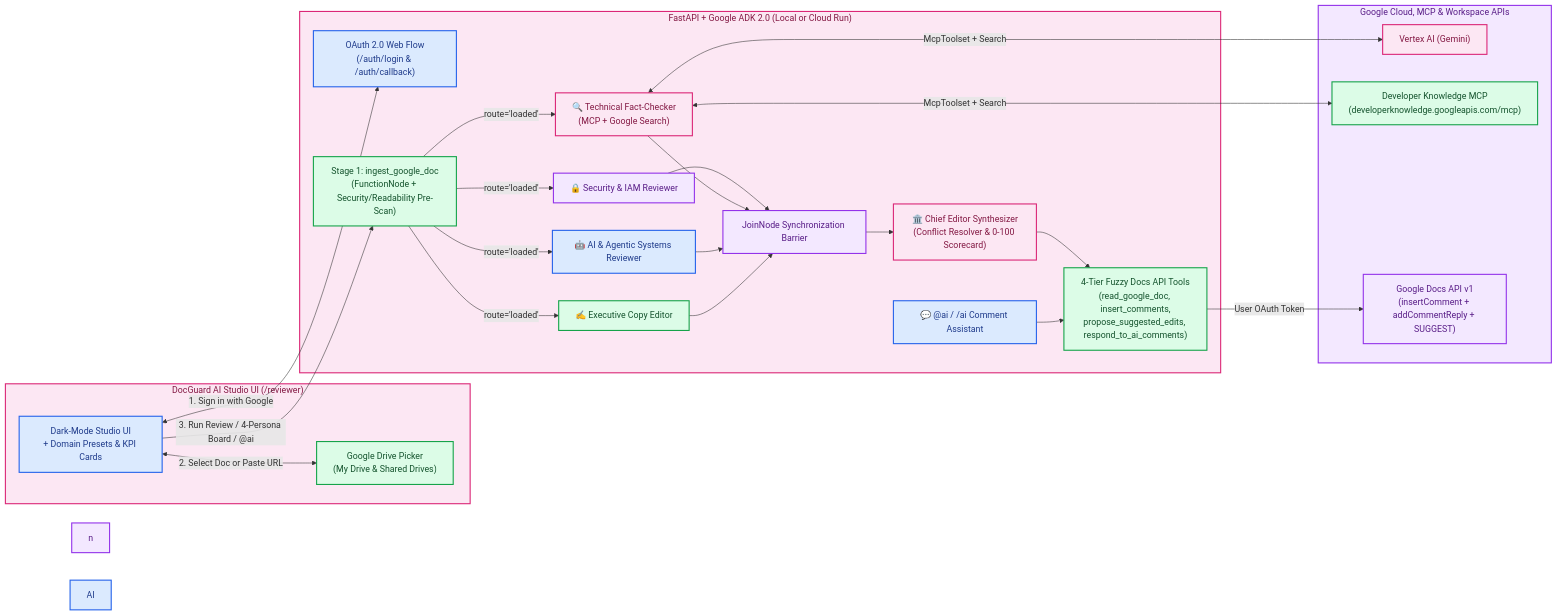
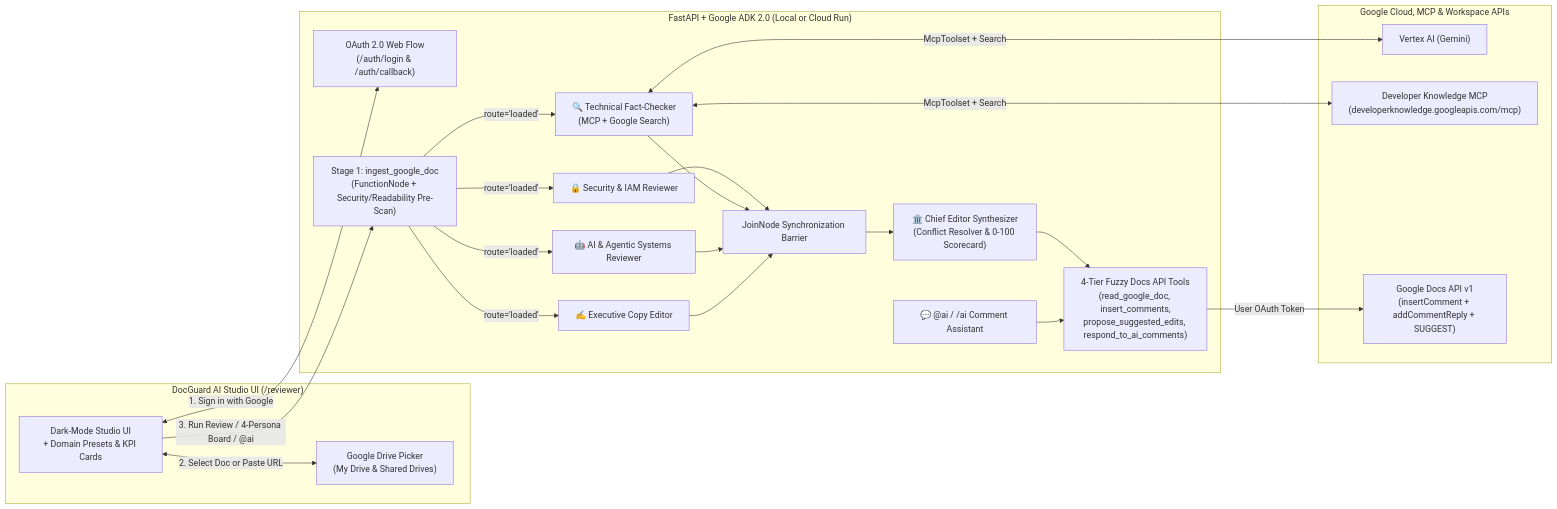
Before and after one commit to RobinaMirbahar/docguard-ai-studio: the diagram in README.md, drawn with Mermaid.

Commit message:
docs: revert Mermaid color overrides for crisp native GitHub rendering and consolidate header

````diff
--- a/README.md
+++ b/README.md
@@ -59,56 +59,36 @@
 ```mermaid
 flowchart LR
     subgraph Browser["DocGuard AI Studio UI (/reviewer)"]
         UI["Dark-Mode Studio UI\n+ Domain Presets & KPI Cards"]
         Picker["Google Drive Picker\n(My Drive & Shared Drives)"]
     end
 
     subgraph CloudRun["FastAPI + Google ADK 2.0 (Local or Cloud Run)"]
         Auth["OAuth 2.0 Web Flow\n(/auth/login & /auth/callback)"]
         Ingest["Stage 1: ingest_google_doc\n(FunctionNode + Security/Readability Pre-Scan)"]
         Sec["🔒 Security & IAM Reviewer"]
         Fact["🔍 Technical Fact-Checker\n(MCP + Google Search)"]
         AISys["🤖 AI & Agentic Systems Reviewer"]
         Copy["✍️ Executive Copy Editor"]
         Join["JoinNode Synchronization Barrier"]
         Chief["🏛️ Chief Editor Synthesizer\n(Conflict Resolver & 0-100 Scorecard)"]
         CommentAgent["💬 @ai / /ai Comment Assistant"]
         Tools["4-Tier Fuzzy Docs API Tools\n(read_google_doc, insert_comments,\npropose_suggested_edits, respond_to_ai_comments)"]
     end
 
     subgraph GCP["Google Cloud, MCP & Workspace APIs"]
         Vertex["Vertex AI (Gemini)"]
         DevKnow["Developer Knowledge MCP\n(developerknowledge.googleapis.com/mcp)"]
         DocsAPI["Google Docs API v1\n(insertComment + addCommentReply + SUGGEST)"]
     end
 
     UI <-->|"1. Sign in with Google"| Auth
     UI <-->|"2. Select Doc or Paste URL"| Picker
     UI -->|"3. Run Review / 4-Persona Board / @ai"| Ingest
     Ingest -->|"route='loaded'"| Sec & Fact & AISys & Copy
     Sec & Fact & AISys & Copy --> Join --> Chief
     Fact <-->|"McpToolset + Search"| DevKnow & Vertex
     Chief --> Tools
     CommentAgent --> Tools
     Tools -->|"User OAuth Token"| DocsAPI
-    style Browser fill:#fce7f3,stroke:#db2777,stroke-width:2px,color:#831843
-    style UI fill:#dbeafe,stroke:#2563eb,stroke-width:2px,color:#1e3a8a
-    style Picker fill:#dcfce7,stroke:#16a34a,stroke-width:2px,color:#14532d
-    style n fill:#f3e8ff,stroke:#9333ea,stroke-width:2px,color:#581c87
-    style CloudRun fill:#fce7f3,stroke:#db2777,stroke-width:2px,color:#831843
-    style Auth fill:#dbeafe,stroke:#2563eb,stroke-width:2px,color:#1e3a8a
-    style Ingest fill:#dcfce7,stroke:#16a34a,stroke-width:2px,color:#14532d
-    style Sec fill:#f3e8ff,stroke:#9333ea,stroke-width:2px,color:#581c87
-    style Fact fill:#fce7f3,stroke:#db2777,stroke-width:2px,color:#831843
-    style AISys fill:#dbeafe,stroke:#2563eb,stroke-width:2px,color:#1e3a8a
-    style Copy fill:#dcfce7,stroke:#16a34a,stroke-width:2px,color:#14532d
-    style Join fill:#f3e8ff,stroke:#9333ea,stroke-width:2px,color:#581c87
-    style Chief fill:#fce7f3,stroke:#db2777,stroke-width:2px,color:#831843
-    style CommentAgent fill:#dbeafe,stroke:#2563eb,stroke-width:2px,color:#1e3a8a
-    style Tools fill:#dcfce7,stroke:#16a34a,stroke-width:2px,color:#14532d
-    style GCP fill:#f3e8ff,stroke:#9333ea,stroke-width:2px,color:#581c87
-    style Vertex fill:#fce7f3,stroke:#db2777,stroke-width:2px,color:#831843
-    style AI fill:#dbeafe,stroke:#2563eb,stroke-width:2px,color:#1e3a8a
-    style DevKnow fill:#dcfce7,stroke:#16a34a,stroke-width:2px,color:#14532d
-    style DocsAPI fill:#f3e8ff,stroke:#9333ea,stroke-width:2px,color:#581c87
 ```
````
